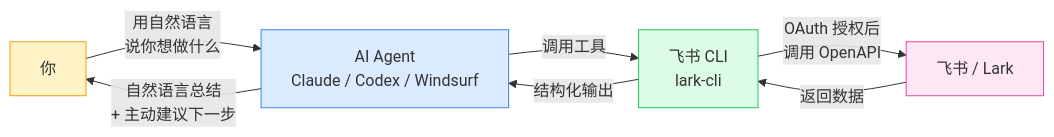
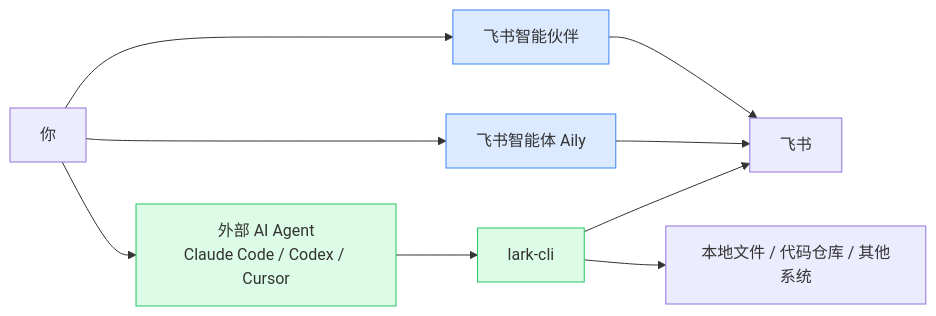
The fifth of 16 diagrams in lark-cli/index.md (ymzlsy/wiki), drawn with Mermaid before and after one commit. The commit also changed other lines of this file and 2 other files, not shown here.

First line of the commit message:
feat(lark-cli): rewrite Ch1 vs 智能伙伴/智能体 + shrink mermaid diagrams

````diff
--- a/lark-cli/index.md
+++ b/lark-cli/index.md
@@ -42,14 +177,16 @@
 ```mermaid
 flowchart LR
-    A[你] -->|"用自然语言<br/>说你想做什么"| B[AI Agent<br/>Claude / Codex / Windsurf]
-    B -->|"调用工具"| C[飞书 CLI<br/>lark-cli]
-    C -->|"OAuth 授权后<br/>调用 OpenAPI"| D[飞书 / Lark]
-    D -->|"返回数据"| C
-    C -->|"结构化输出"| B
-    B -->|"自然语言总结<br/>+ 主动建议下一步"| A
+    U[你] --> A1[飞书智能伙伴]
+    U --> A2[飞书智能体 Aily]
+    U --> A3[外部 AI Agent<br/>Claude Code / Codex / Cursor]
+    A1 --> F[飞书]
+    A2 --> F
+    A3 --> CLI[lark-cli]
+    CLI --> F
+    CLI --> LOCAL[本地文件 / 代码仓库 / 其他系统]
 
-    style A fill:#fef3c7,stroke:#f59e0b
-    style B fill:#dbeafe,stroke:#3b82f6
-    style C fill:#dcfce7,stroke:#22c55e
-    style D fill:#fce7f3,stroke:#ec4899
+    style A1 fill:#dbeafe,stroke:#3b82f6
+    style A2 fill:#dbeafe,stroke:#3b82f6
+    style A3 fill:#dcfce7,stroke:#22c55e
+    style CLI fill:#dcfce7,stroke:#22c55e
 ```
````
